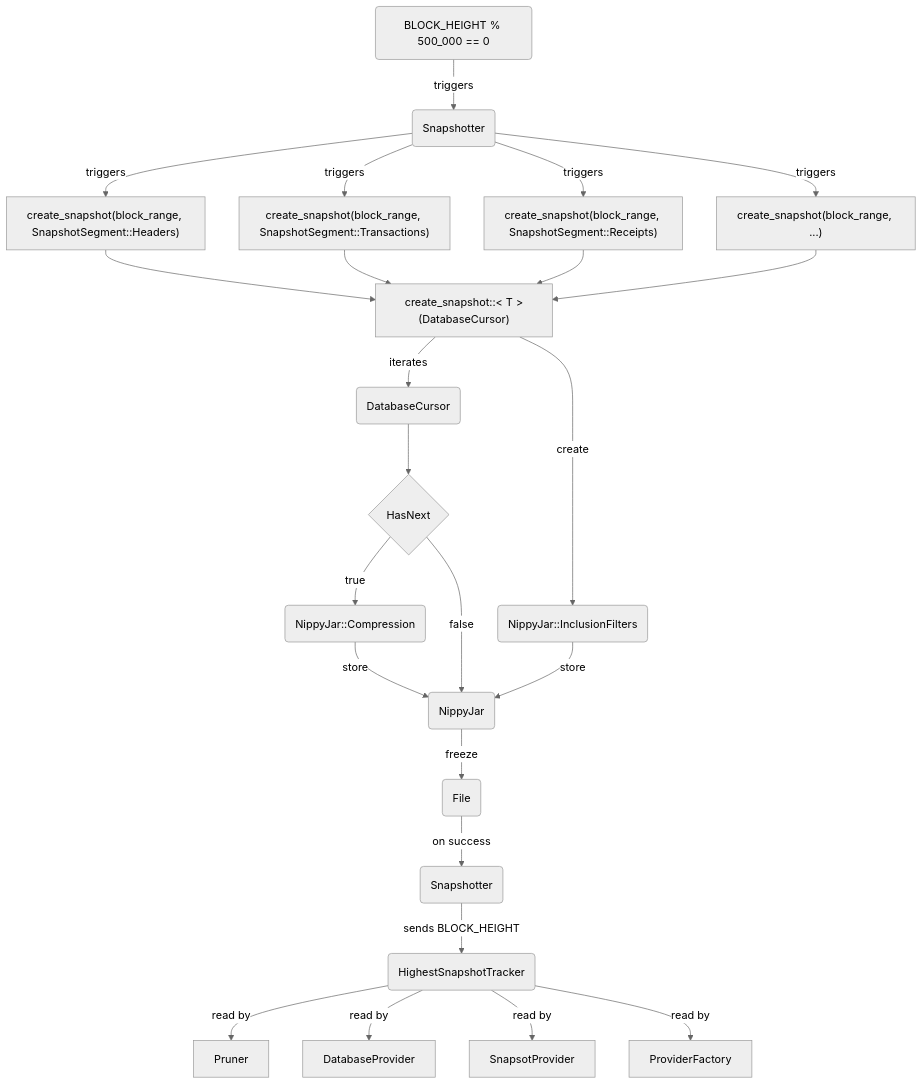
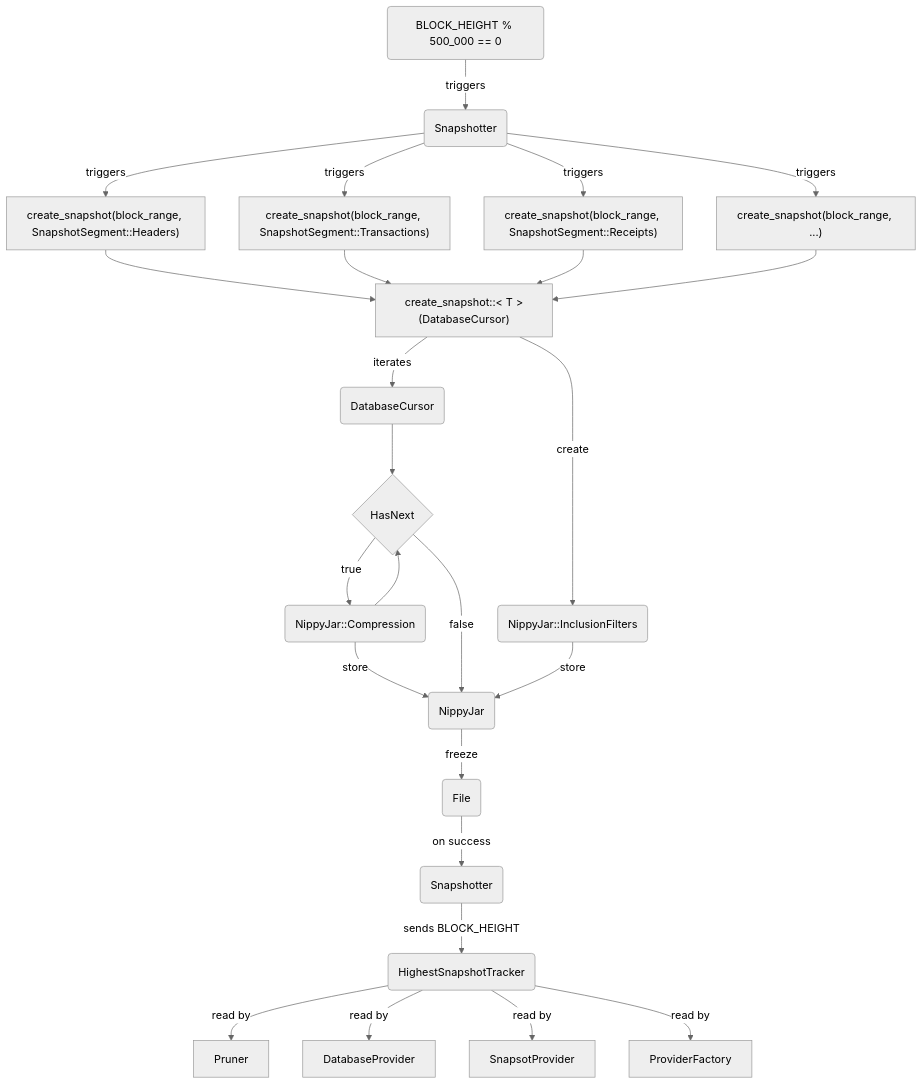
One commit to paradigmxyz/reth changed the first of 2 diagrams in crates/snapshot/README.md. Above: the diagram before and after it, drawn with Mermaid (neutral theme). The commit also changed other lines of this file, not shown here.

````diff
--- a/crates/snapshot/README.md
+++ b/crates/snapshot/README.md
@@ -14,26 +14,27 @@
 ```mermaid
 graph TD;
     I("BLOCK_HEIGHT % 500_000 == 0")--triggers-->SP(Snapshotter)
     SP --> |triggers| SH["create_snapshot(block_range, SnapshotSegment::Headers)"]
     SP --> |triggers| ST["create_snapshot(block_range, SnapshotSegment::Transactions)"]
     SP --> |triggers| SR["create_snapshot(block_range, SnapshotSegment::Receipts)"]
     SP --> |triggers| ETC["create_snapshot(block_range, ...)"]
     SH --> CS["create_snapshot::&lt; T &gt;(DatabaseCursor)"]
     ST --> CS
     SR --> CS
     ETC --> CS
     CS --> |create| IF(NippyJar::InclusionFilters)
     CS -- iterates --> DC(DatabaseCursor) -->HN{HasNext} 
     HN --> |true| NJC(NippyJar::Compression)
+    NJC --> HN
     NJC --store--> NJ
     HN --> |false| NJ 
     IF --store--> NJ(NippyJar)
     NJ --freeze--> F(File)
     F--"on success"--> SP1(Snapshotter)
     SP1 --"sends BLOCK_HEIGHT"--> HST(HighestSnapshotTracker)
     HST --"read by"-->Pruner
     HST --"read by"-->DatabaseProvider
     HST --"read by"-->SnapsotProvider
     HST --"read by"-->ProviderFactory
 
 ```
````
